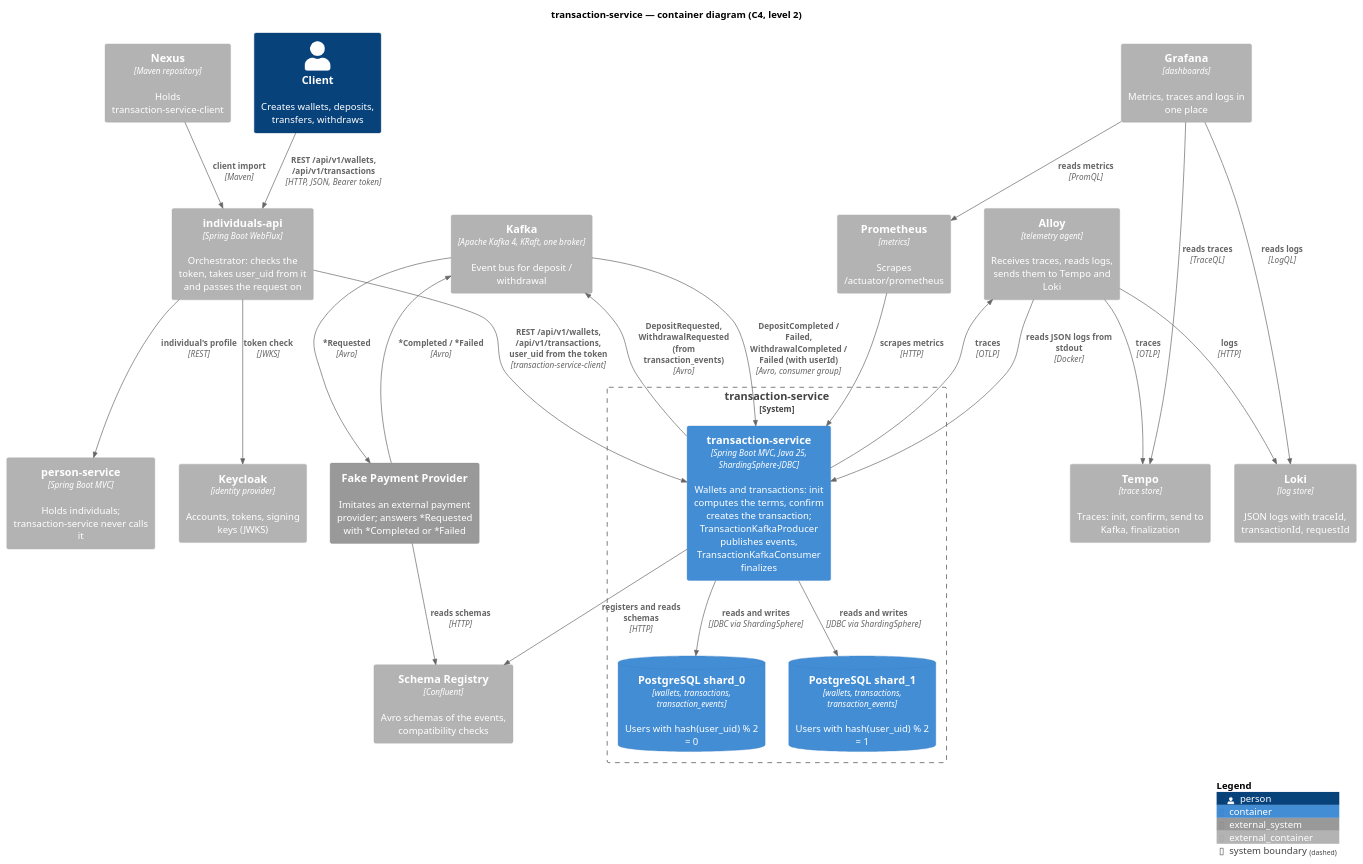
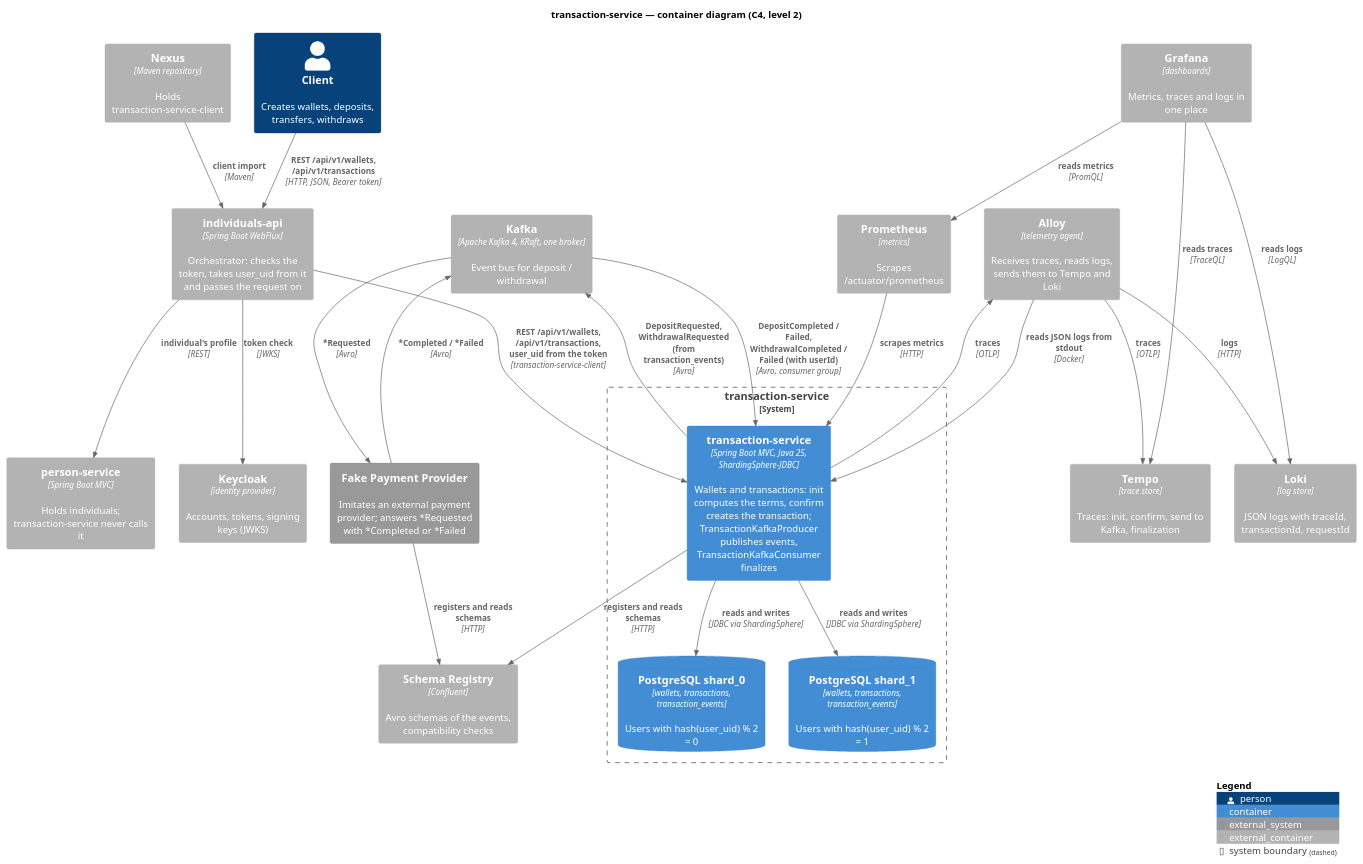
Before and after one commit to dezxxx/payment-platform: the diagram in transaction-service/diagrams-c4/uml/en/container.puml, drawn with PlantUML. The commit also changed 92 other files, not shown here.

```diff
--- a/transaction-service/diagrams-c4/uml/en/container.puml
+++ b/transaction-service/diagrams-c4/uml/en/container.puml
@@ -1,52 +1,52 @@
 @startuml container
 !include <C4/C4_Container>
 
 title transaction-service — container diagram (C4, level 2)
 
 Person(client, "Client", "Creates wallets, deposits, transfers, withdraws")
 
 Container_Ext(individualsApi, "individuals-api", "Spring Boot WebFlux", "Orchestrator: checks the token, takes user_uid from it and passes the request on")
 Container_Ext(keycloak, "Keycloak", "identity provider", "Accounts, tokens, signing keys (JWKS)")
 Container_Ext(personService, "person-service", "Spring Boot MVC", "Holds individuals; transaction-service never calls it")
 
 System_Boundary(ts, "transaction-service") {
     Container(app, "transaction-service", "Spring Boot MVC, Java 25, ShardingSphere-JDBC", "Wallets and transactions: init computes the terms, confirm creates the transaction; TransactionKafkaProducer publishes events, TransactionKafkaConsumer finalizes")
     ContainerDb(shard0, "PostgreSQL shard_0", "wallets, transactions, transaction_events", "Users with hash(user_uid) % 2 = 0")
     ContainerDb(shard1, "PostgreSQL shard_1", "wallets, transactions, transaction_events", "Users with hash(user_uid) % 2 = 1")
 }
 
 Container_Ext(kafka, "Kafka", "Apache Kafka 4, KRaft, one broker", "Event bus for deposit / withdrawal")
 Container_Ext(schemaRegistry, "Schema Registry", "Confluent", "Avro schemas of the events, compatibility checks")
 System_Ext(provider, "Fake Payment Provider", "Imitates an external payment provider; answers *Requested with *Completed or *Failed")
 
 Container_Ext(nexus, "Nexus", "Maven repository", "Holds transaction-service-client")
 Container_Ext(prometheus, "Prometheus", "metrics", "Scrapes /actuator/prometheus")
 Container_Ext(alloy, "Alloy", "telemetry agent", "Receives traces, reads logs, sends them to Tempo and Loki")
 Container_Ext(tempo, "Tempo", "trace store", "Traces: init, confirm, send to Kafka, finalization")
 Container_Ext(loki, "Loki", "log store", "JSON logs with traceId, transactionId, requestId")
 Container_Ext(grafana, "Grafana", "dashboards", "Metrics, traces and logs in one place")
 
 Rel(client, individualsApi, "REST /api/v1/wallets, /api/v1/transactions", "HTTP, JSON, Bearer token")
 Rel(individualsApi, keycloak, "token check", "JWKS")
 Rel(individualsApi, personService, "individual's profile", "REST")
 Rel(individualsApi, app, "REST /api/v1/wallets, /api/v1/transactions, user_uid from the token", "transaction-service-client")
 Rel(app, shard0, "reads and writes", "JDBC via ShardingSphere")
 Rel(app, shard1, "reads and writes", "JDBC via ShardingSphere")
 Rel(app, kafka, "DepositRequested, WithdrawalRequested (from transaction_events)", "Avro")
 Rel(kafka, app, "DepositCompleted / Failed, WithdrawalCompleted / Failed (with userId)", "Avro, consumer group")
 Rel(kafka, provider, "*Requested", "Avro")
 Rel(provider, kafka, "*Completed / *Failed", "Avro")
 Rel(app, schemaRegistry, "registers and reads schemas", "HTTP")
-Rel(provider, schemaRegistry, "reads schemas", "HTTP")
+Rel(provider, schemaRegistry, "registers and reads schemas", "HTTP")
 Rel(nexus, individualsApi, "client import", "Maven")
 Rel(prometheus, app, "scrapes metrics", "HTTP")
 Rel(app, alloy, "traces", "OTLP")
 Rel(alloy, app, "reads JSON logs from stdout", "Docker")
 Rel(alloy, tempo, "traces", "OTLP")
 Rel(alloy, loki, "logs", "HTTP")
 Rel(grafana, prometheus, "reads metrics", "PromQL")
 Rel(grafana, tempo, "reads traces", "TraceQL")
 Rel(grafana, loki, "reads logs", "LogQL")
 
 SHOW_LEGEND()
 @enduml
```
